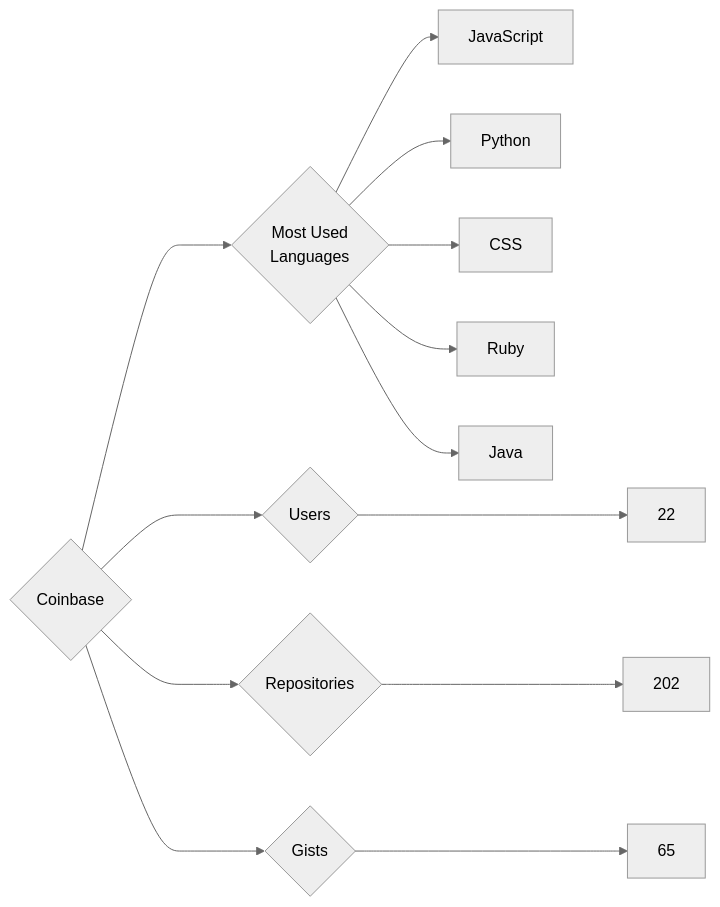
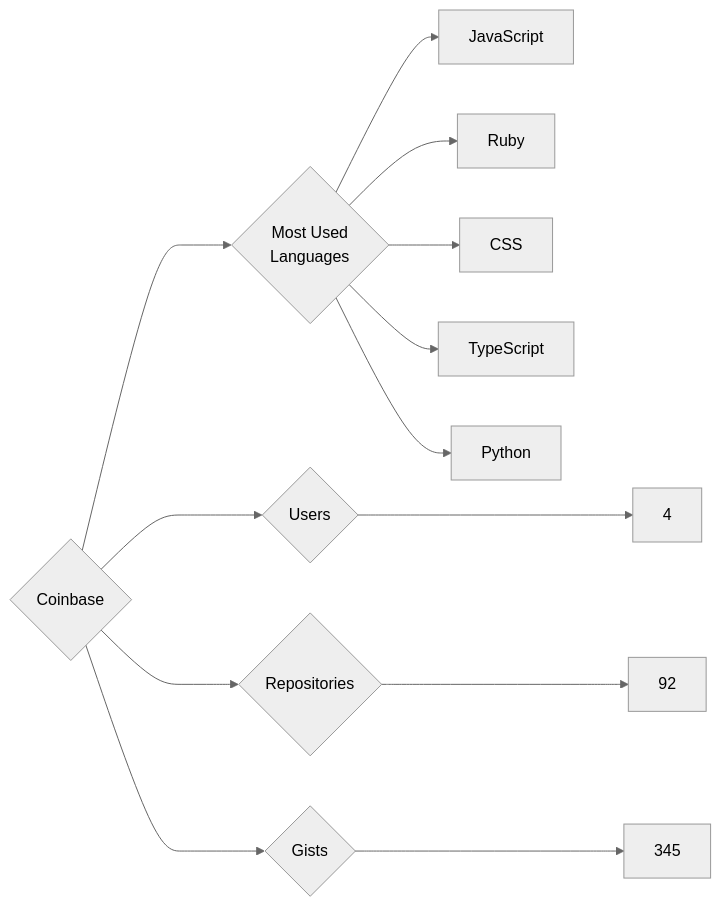
One commit to trickest/insiders changed the diagram in targets/Coinbase/README.md. Above: the diagram before and after it, drawn with Mermaid (neutral theme). The commit also changed 891 other files, not shown here.

````diff
--- a/targets/Coinbase/README.md
+++ b/targets/Coinbase/README.md
@@ -3,13 +3,13 @@
 ```mermaid
 graph LR
 COMPANY_NAME{Coinbase}
-COMPANY_NAME ---> U{Users} ---> UN[22]
-COMPANY_NAME ---> R{Repositories} ---> RN[202]
-COMPANY_NAME ---> G{Gists} ---> GN[65]
+COMPANY_NAME ---> U{Users} ---> UN[4]
+COMPANY_NAME ---> R{Repositories} ---> RN[92]
+COMPANY_NAME ---> G{Gists} ---> GN[345]
 COMPANY_NAME ---> ML{Most Used<br>Languages}
 ML --> JavaScript[JavaScript]
+ML --> Ruby[Ruby]
+ML --> CSS[CSS]
+ML --> TypeScript[TypeScript]
 ML --> Python[Python]
-ML --> CSS[CSS]
-ML --> Ruby[Ruby]
-ML --> Java[Java]
 ```
````
